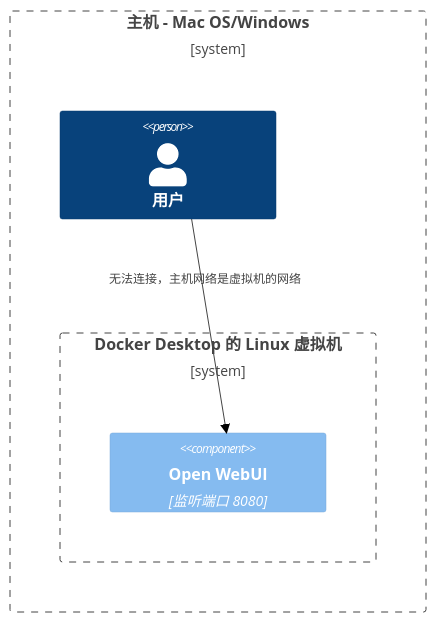
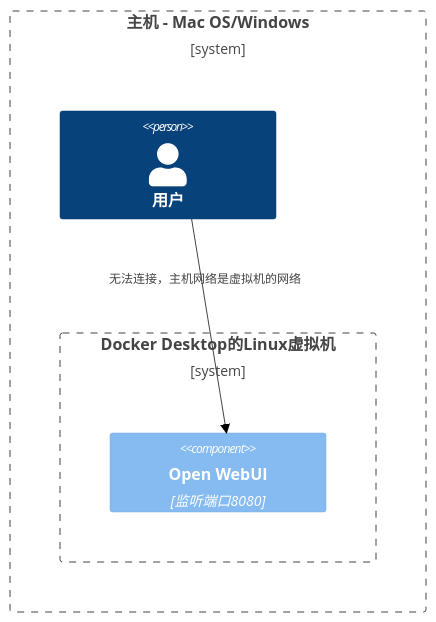
Before and after one commit to LazyG9/openwebui-doc-zh: the fourth of 8 diagrams in docs/troubleshooting/network-diagrams.mdx, drawn with Mermaid (forest theme). The commit also changed other lines of this file and 11 other files, not shown here.

````diff
--- a/docs/troubleshooting/network-diagrams.mdx
+++ b/docs/troubleshooting/network-diagrams.mdx
@@ -74,11 +74,11 @@
 ```mermaid
 C4Context
 Boundary(b0, "主机 - Mac OS/Windows") {
    Person(user, "用户")
-   Boundary(b1, "Docker Desktop 的 Linux 虚拟机") {
-      Component(openwebui, "Open WebUI", "监听端口 8080")
+   Boundary(b1, "Docker Desktop的Linux虚拟机") {
+      Component(openwebui, "Open WebUI", "监听端口8080")
    }
 }
 Rel(user, openwebui, "无法连接，主机网络是虚拟机的网络")
 UpdateRelStyle(user, openwebui, $offsetX="-100", $offsetY="-50")
 ```
````
